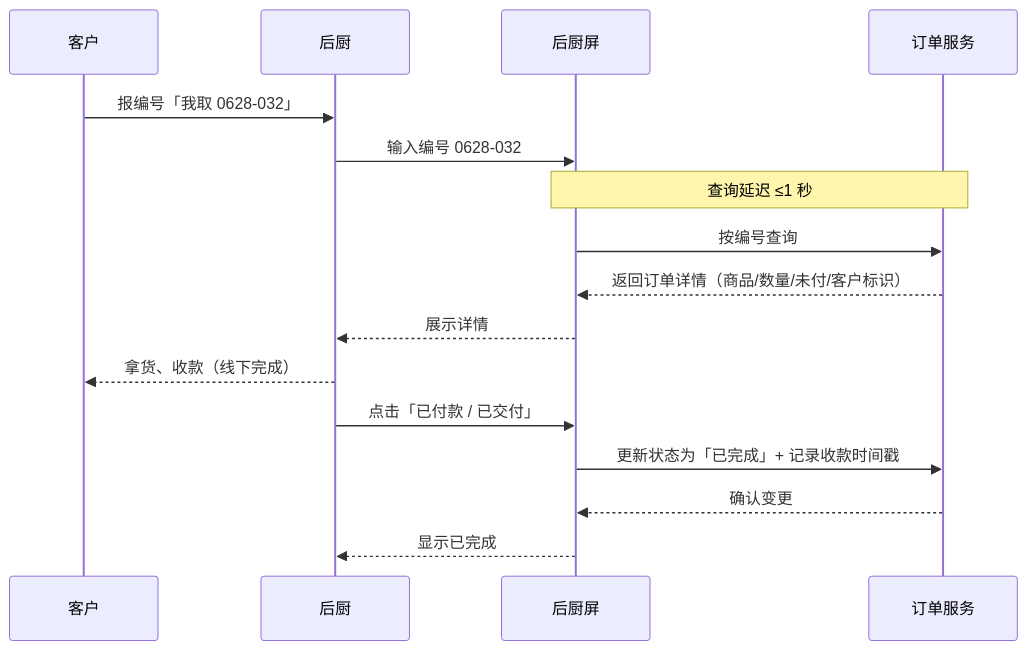
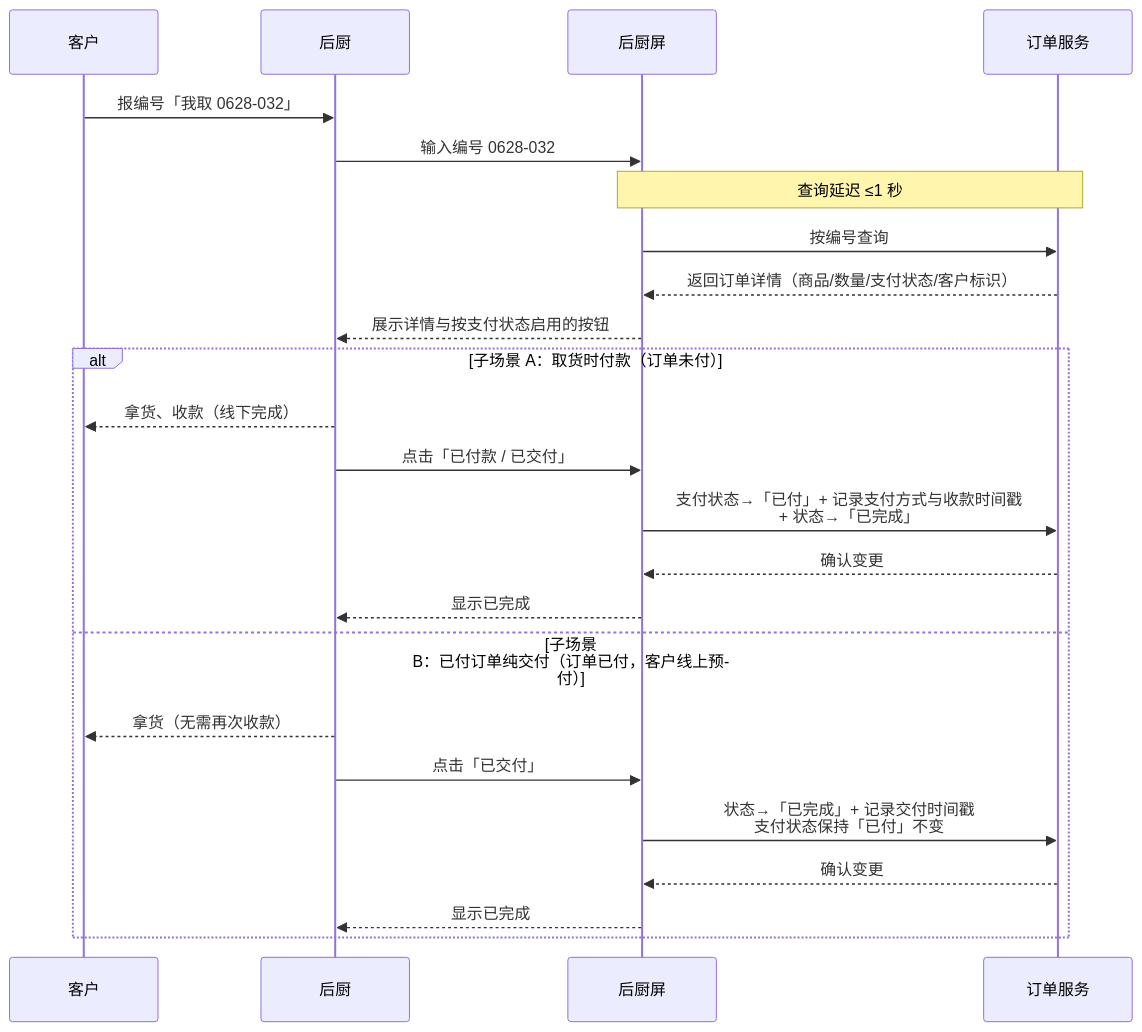
Before and after one commit to Antiqueeeee/cake-management: the third of 32 diagrams in docs/时序图.md, drawn with Mermaid. The commit also changed other lines of this file and 1 other file, not shown here.

````diff
--- a/docs/时序图.md
+++ b/docs/时序图.md
@@ -179,22 +185,29 @@
 ```mermaid
 sequenceDiagram
     participant 客户
     participant 后厨
     participant 屏 as 后厨屏
     participant 订单 as 订单服务
 
     客户->>后厨: 报编号「我取 0628-032」
     后厨->>屏: 输入编号 0628-032
 
     Note over 屏,订单: 查询延迟 ≤1 秒
     屏->>订单: 按编号查询
-    订单-->>屏: 返回订单详情（商品/数量/未付/客户标识）
-    屏-->>后厨: 展示详情
+    订单-->>屏: 返回订单详情（商品/数量/支付状态/客户标识）
+    屏-->>后厨: 展示详情与按支付状态启用的按钮
 
-    后厨-->>客户: 拿货、收款（线下完成）
-
-    后厨->>屏: 点击「已付款 / 已交付」
-    屏->>订单: 更新状态为「已完成」+ 记录收款时间戳
-    订单-->>屏: 确认变更
-    屏-->>后厨: 显示已完成
+    alt 子场景 A：取货时付款（订单未付）
+        后厨-->>客户: 拿货、收款（线下完成）
+        后厨->>屏: 点击「已付款 / 已交付」
+        屏->>订单: 支付状态→「已付」+ 记录支付方式与收款时间戳<br/>+ 状态→「已完成」
+        订单-->>屏: 确认变更
+        屏-->>后厨: 显示已完成
+    else 子场景 B：已付订单纯交付（订单已付，客户线上预付）
+        后厨-->>客户: 拿货（无需再次收款）
+        后厨->>屏: 点击「已交付」
+        屏->>订单: 状态→「已完成」+ 记录交付时间戳<br/>支付状态保持「已付」不变
+        订单-->>屏: 确认变更
+        屏-->>后厨: 显示已完成
+    end
 ```
````
